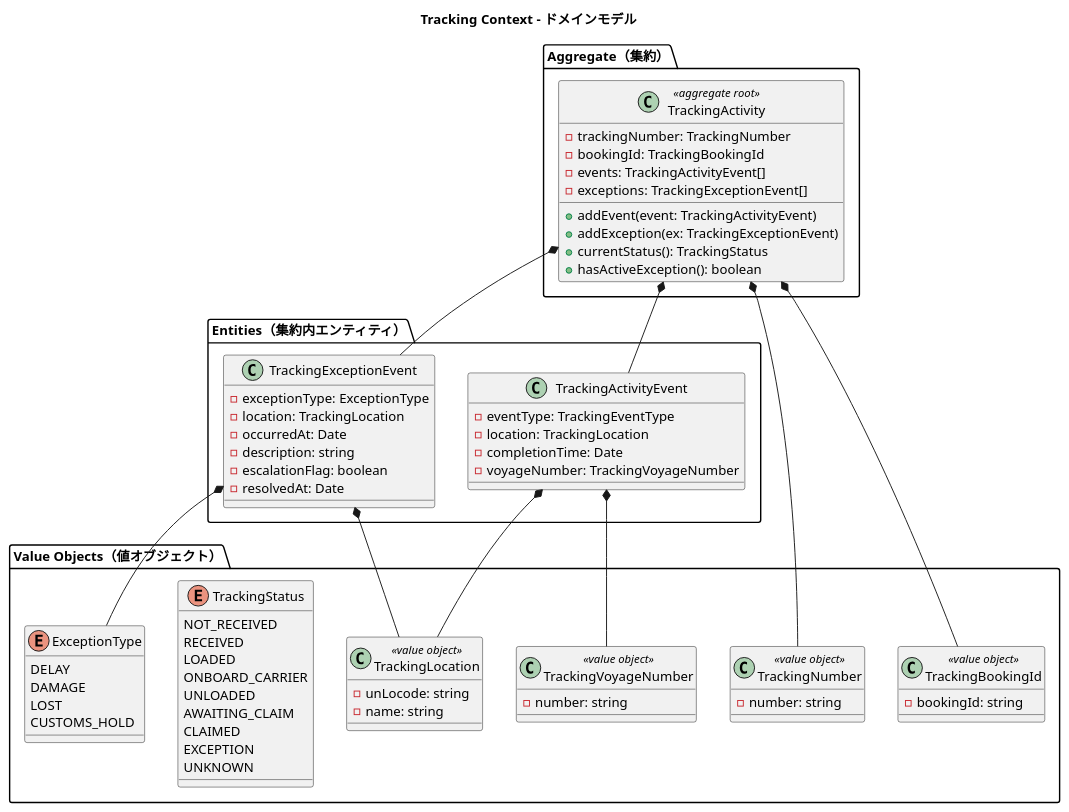
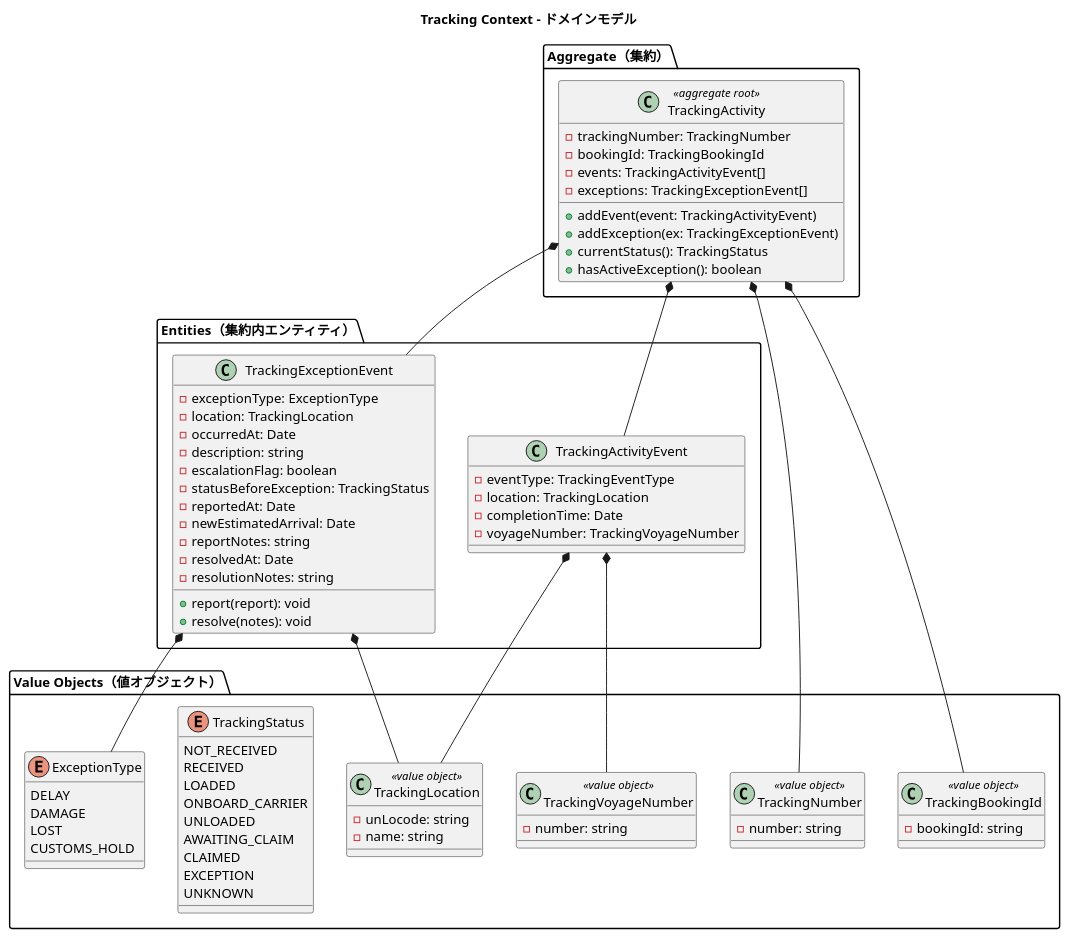
The sixth of 11 diagrams in docs/design/domain-model.md (k2works/case-study-cargo-tracker), drawn with PlantUML before and after one commit. The commit also changed other lines of this file and 3 other files, not shown here.

```diff
--- a/docs/design/domain-model.md
+++ b/docs/design/domain-model.md
@@ -689,7 +690,14 @@
     -occurredAt: Date
     -description: string
     -escalationFlag: boolean
+    -statusBeforeException: TrackingStatus
+    -reportedAt: Date
+    -newEstimatedArrival: Date
+    -reportNotes: string
     -resolvedAt: Date
+    -resolutionNotes: string
+    +report(report): void
+    +resolve(notes): void
   }
 }
 
```
